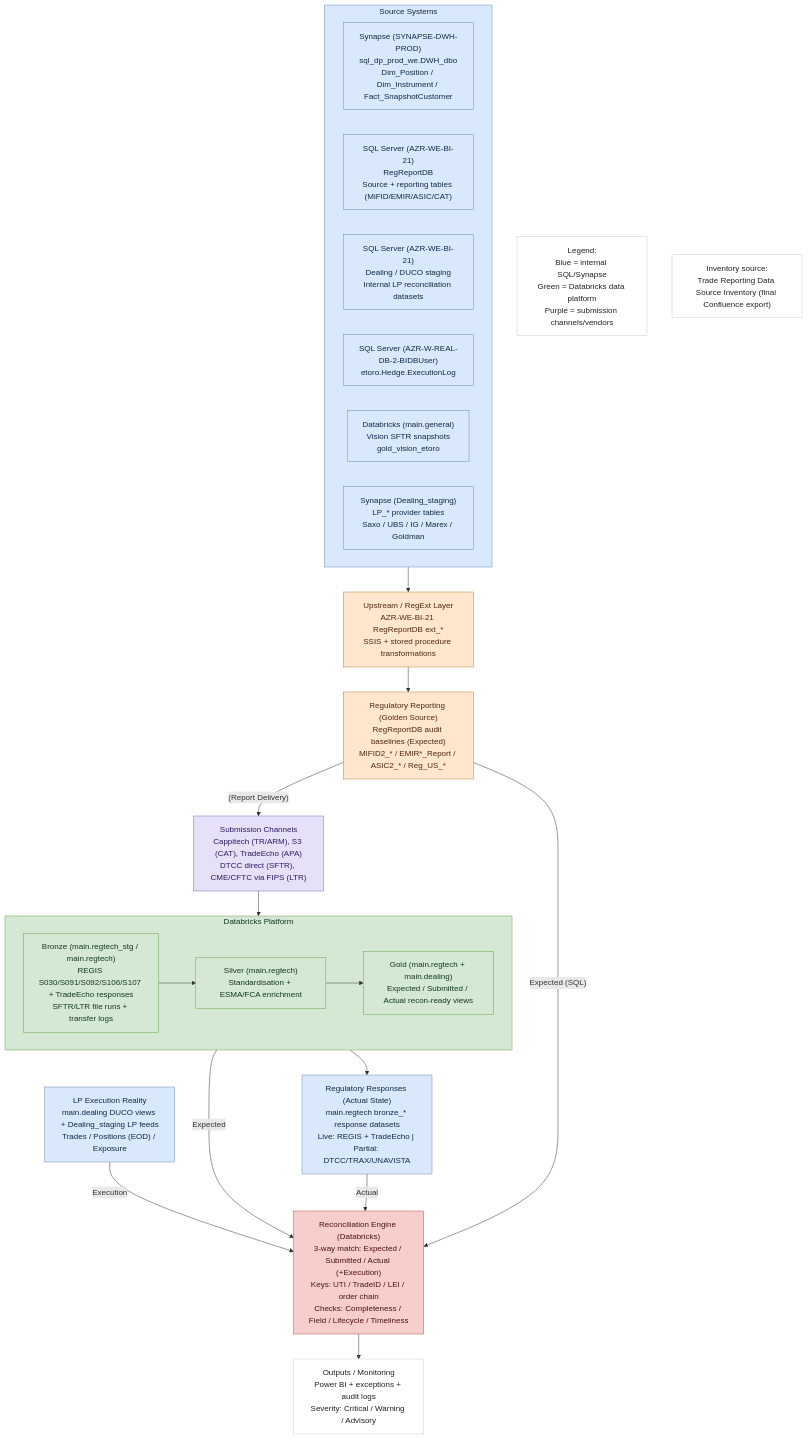
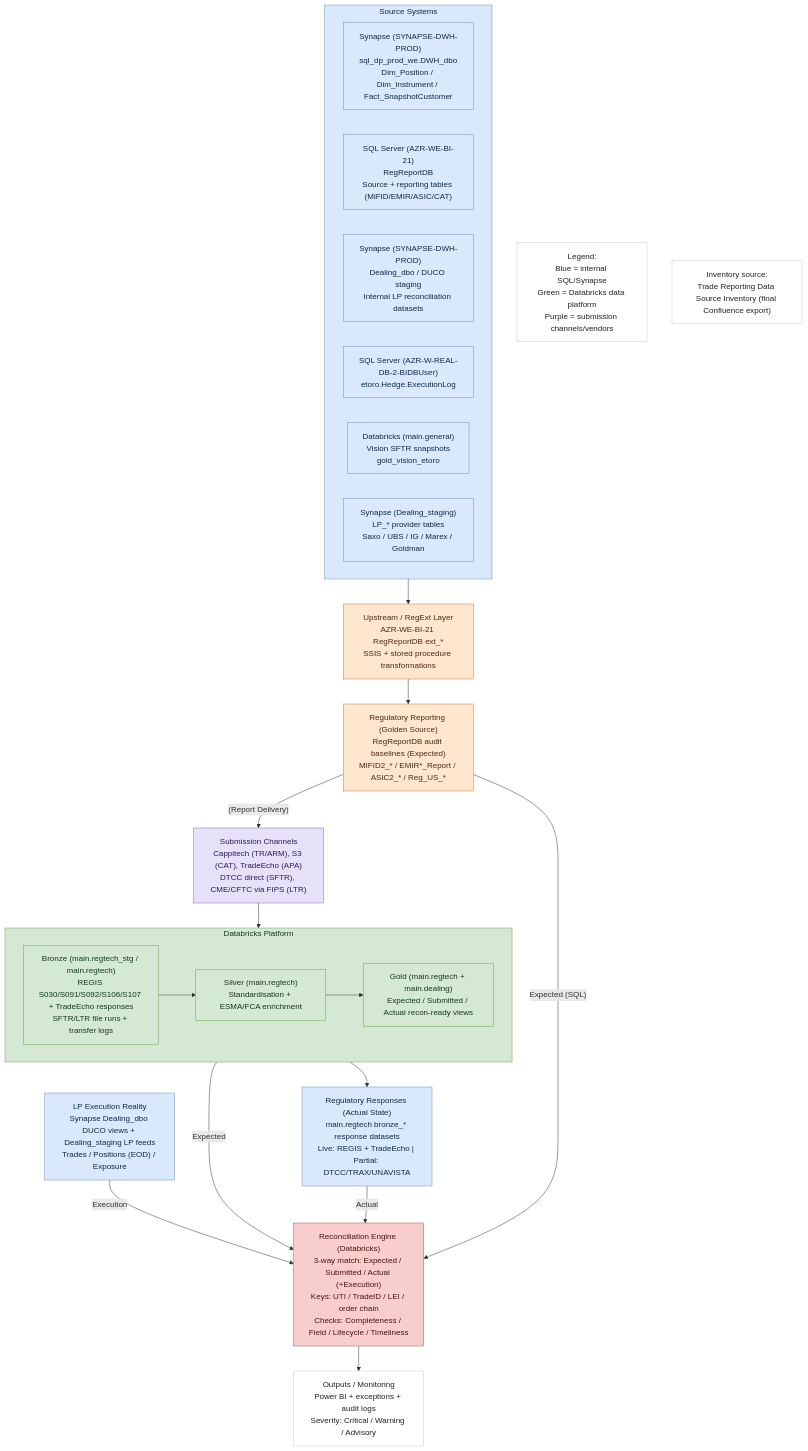
The diagram in docs/trade-recon-architecture-v2-from-xml.md (valentinosko-hub/RegTech), drawn with Mermaid before and after one commit. The commit also changed 1 other file, not shown here.

Commit message:
Fix DUCO and LP table location to Synapse

````diff
--- a/docs/trade-recon-architecture-v2-from-xml.md
+++ b/docs/trade-recon-architecture-v2-from-xml.md
@@ -3,60 +3,60 @@
 ```mermaid
 flowchart TB
   %% Source systems
   subgraph SW1["Source Systems"]
     direction LR
     S1["Synapse (SYNAPSE-DWH-PROD)<br/>sql_dp_prod_we.DWH_dbo<br/>Dim_Position / Dim_Instrument / Fact_SnapshotCustomer"]
     S2["SQL Server (AZR-WE-BI-21)<br/>RegReportDB<br/>Source + reporting tables (MiFID/EMIR/ASIC/CAT)"]
-    S3["SQL Server (AZR-WE-BI-21)<br/>Dealing / DUCO staging<br/>Internal LP reconciliation datasets"]
+    S3["Synapse (SYNAPSE-DWH-PROD)<br/>Dealing_dbo / DUCO staging<br/>Internal LP reconciliation datasets"]
     S4["SQL Server (AZR-W-REAL-DB-2-BIDBUser)<br/>etoro.Hedge.ExecutionLog"]
     S5["Databricks (main.general)<br/>Vision SFTR snapshots<br/>gold_vision_etoro"]
     S6["Synapse (Dealing_staging)<br/>LP_* provider tables<br/>Saxo / UBS / IG / Marex / Goldman"]
   end
 
   REGEXT["Upstream / RegExt Layer<br/>AZR-WE-BI-21 RegReportDB ext_*<br/>SSIS + stored procedure transformations"]
   REPORT["Regulatory Reporting (Golden Source)<br/>RegReportDB audit baselines (Expected)<br/>MIFID2_* / EMIR*_Report / ASIC2_* / Reg_US_*"]
   SUB["Submission Channels<br/>Cappitech (TR/ARM), S3 (CAT), TradeEcho (APA)<br/>DTCC direct (SFTR), CME/CFTC via FIPS (LTR)"]
 
   %% Databricks platform
   subgraph DB["Databricks Platform"]
     direction LR
     BRONZE["Bronze (main.regtech_stg / main.regtech)<br/>REGIS S030/S091/S092/S106/S107 + TradeEcho responses<br/>SFTR/LTR file runs + transfer logs"]
     SILVER["Silver (main.regtech)<br/>Standardisation + ESMA/FCA enrichment"]
     GOLD["Gold (main.regtech + main.dealing)<br/>Expected / Submitted / Actual recon-ready views"]
   end
 
-  LP["LP Execution Reality<br/>main.dealing DUCO views + Dealing_staging LP feeds<br/>Trades / Positions (EOD) / Exposure"]
+  LP["LP Execution Reality<br/>Synapse Dealing_dbo DUCO views + Dealing_staging LP feeds<br/>Trades / Positions (EOD) / Exposure"]
   TR["Regulatory Responses (Actual State)<br/>main.regtech bronze_* response datasets<br/>Live: REGIS + TradeEcho | Partial: DTCC/TRAX/UNAVISTA"]
   RECON["Reconciliation Engine (Databricks)<br/>3-way match: Expected / Submitted / Actual (+Execution)<br/>Keys: UTI / TradeID / LEI / order chain<br/>Checks: Completeness / Field / Lifecycle / Timeliness"]
   OUT["Outputs / Monitoring<br/>Power BI + exceptions + audit logs<br/>Severity: Critical / Warning / Advisory"]
 
   LEGEND["Legend:<br/>Blue = internal SQL/Synapse<br/>Green = Databricks data platform<br/>Purple = submission channels/vendors"]
   NOTE["Inventory source:<br/>Trade Reporting Data Source Inventory (final Confluence export)"]
 
   %% Edges translated from XML
   SW1 --> REGEXT
   REGEXT --> REPORT
   REPORT -- "(Report Delivery)" --> SUB
   SUB --> BRONZE
   BRONZE --> SILVER --> GOLD
   GOLD -- "Expected" --> RECON
   LP -- "Execution" --> RECON
   TR -- "Actual" --> RECON
   RECON --> OUT
   REPORT -- "Expected (SQL)" --> RECON
   GOLD --> TR
 
   classDef internal fill:#dae8fc,stroke:#6c8ebf,color:#0e2a47;
   classDef sql fill:#ffe6cc,stroke:#bf7f3f,color:#4a2a12;
   classDef vendor fill:#e6e0f8,stroke:#7f70bf,color:#2f1a5f;
   classDef dbx fill:#d5e8d4,stroke:#6aa84f,color:#12391f;
   classDef recon fill:#f8cecc,stroke:#b8544a,color:#4a1212;
   classDef neutral fill:#ffffff,stroke:#cccccc,color:#222;
 
   class SW1,S1,S2,S3,S4,S5,S6,LP,TR internal;
   class REGEXT,REPORT sql;
   class SUB vendor;
   class DB,BRONZE,SILVER,GOLD dbx;
   class RECON recon;
   class OUT,LEGEND,NOTE neutral;
 ```
````
